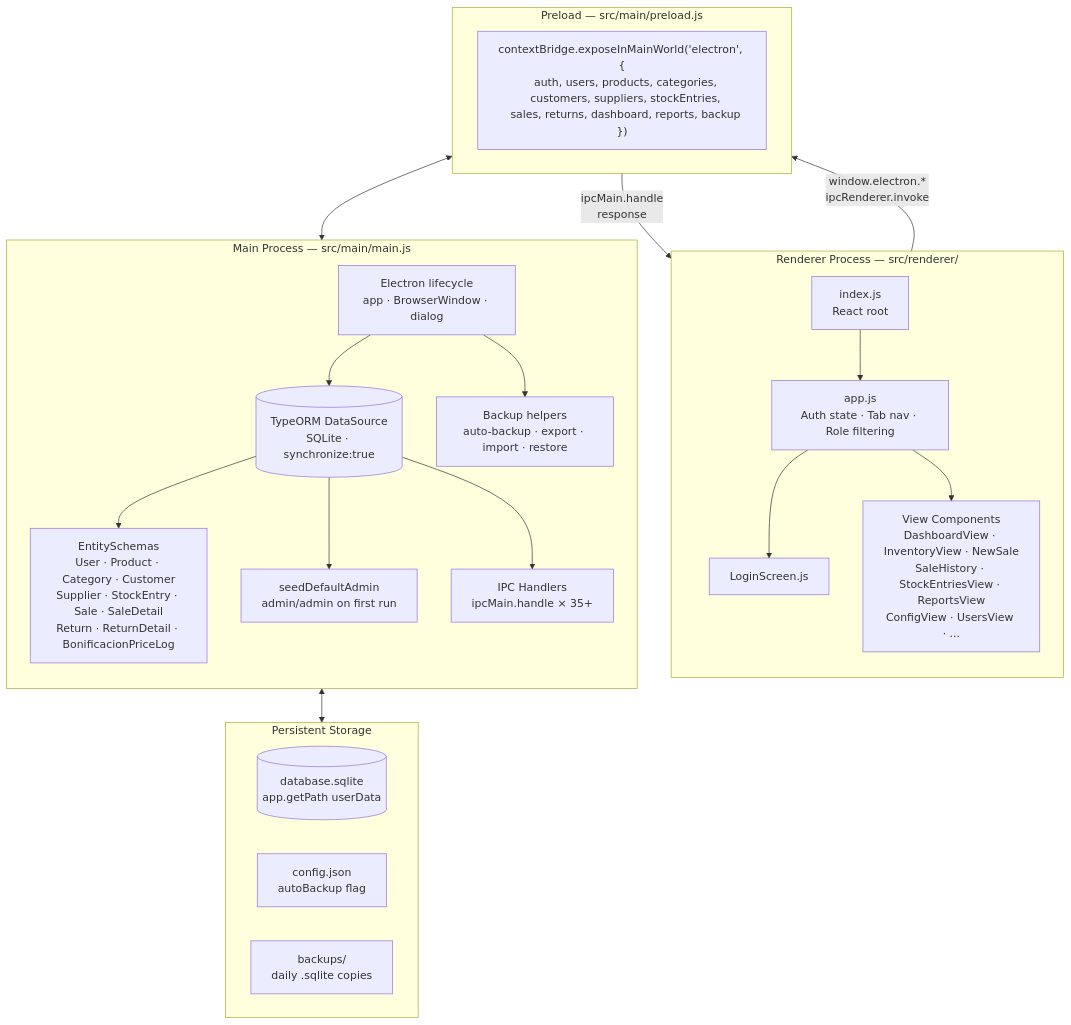
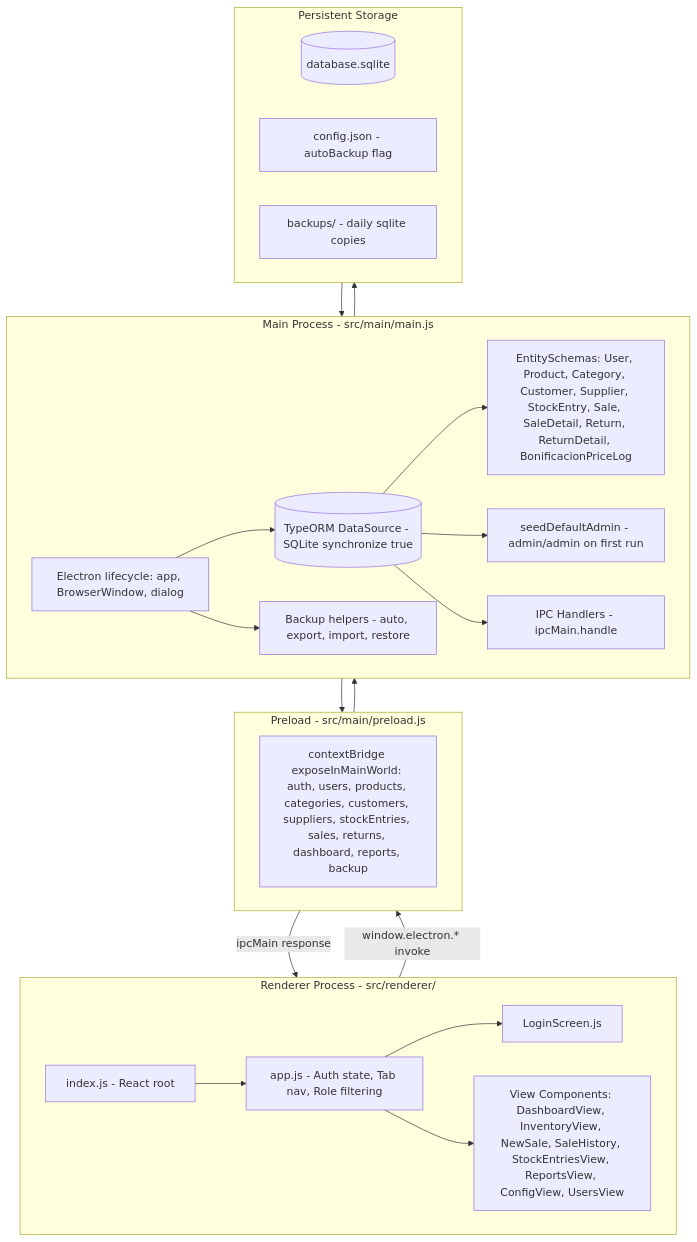
Before and after one commit to seqencia/InventoryProyectHome: the first of 3 diagrams in docs/diagrams/ARCHITECTURE.md, drawn with Mermaid. The commit also changed other lines of this file and 6 other files, not shown here.

First line of the commit message:
fix: correct Mermaid syntax errors in all diagrams

````diff
--- a/docs/diagrams/ARCHITECTURE.md
+++ b/docs/diagrams/ARCHITECTURE.md
@@ -5,43 +5,43 @@
 ```mermaid
 graph TB
-    subgraph RENDERER["Renderer Process — src/renderer/"]
-        direction TB
-        IDX[index.js\nReact root]
-        APP[app.js\nAuth state · Tab nav · Role filtering]
+    subgraph RENDERER["Renderer Process - src/renderer/"]
+        IDX[index.js - React root]
+        APP[app.js - Auth state, Tab nav, Role filtering]
         LOGIN[LoginScreen.js]
-        VIEWS[View Components\nDashboardView · InventoryView · NewSale\nSaleHistory · StockEntriesView · ReportsView\nConfigView · UsersView · ...]
+        VIEWS[View Components: DashboardView, InventoryView, NewSale, SaleHistory, StockEntriesView, ReportsView, ConfigView, UsersView]
         IDX --> APP
         APP --> LOGIN
         APP --> VIEWS
     end
 
-    subgraph PRELOAD["Preload — src/main/preload.js"]
-        BRIDGE["contextBridge.exposeInMainWorld('electron', {\n  auth, users, products, categories,\n  customers, suppliers, stockEntries,\n  sales, returns, dashboard, reports, backup\n})"]
+    subgraph PRELOAD["Preload - src/main/preload.js"]
+        BRIDGE[contextBridge exposeInMainWorld: auth, users, products, categories, customers, suppliers, stockEntries, sales, returns, dashboard, reports, backup]
     end
 
-    subgraph MAIN["Main Process — src/main/main.js"]
-        direction TB
-        ELECTRON[Electron lifecycle\napp · BrowserWindow · dialog]
-        SCHEMAS[EntitySchemas\nUser · Product · Category · Customer\nSupplier · StockEntry · Sale · SaleDetail\nReturn · ReturnDetail · BonificacionPriceLog]
-        DS[(TypeORM DataSource\nSQLite · synchronize:true)]
-        IPC[IPC Handlers\nipcMain.handle × 35+]
-        SEED[seedDefaultAdmin\nadmin/admin on first run]
-        BACKUP[Backup helpers\nauto-backup · export · import · restore]
+    subgraph MAIN["Main Process - src/main/main.js"]
+        ELECTRON[Electron lifecycle: app, BrowserWindow, dialog]
+        SCHEMAS[EntitySchemas: User, Product, Category, Customer, Supplier, StockEntry, Sale, SaleDetail, Return, ReturnDetail, BonificacionPriceLog]
+        DS[(TypeORM DataSource - SQLite synchronize true)]
+        IPC[IPC Handlers - ipcMain.handle]
+        SEED[seedDefaultAdmin - admin/admin on first run]
+        BACKUP[Backup helpers - auto, export, import, restore]
         ELECTRON --> DS
         DS --> SCHEMAS
         DS --> SEED
         DS --> IPC
         ELECTRON --> BACKUP
     end
 
     subgraph STORAGE["Persistent Storage"]
-        DB[(database.sqlite\napp.getPath userData)]
-        CFG[config.json\nautoBackup flag]
-        BKPS[backups/\ndaily .sqlite copies]
+        DB[(database.sqlite)]
+        CFG[config.json - autoBackup flag]
+        BKPS[backups/ - daily sqlite copies]
     end
 
-    RENDERER -- "window.electron.*\nipcRenderer.invoke" --> PRELOAD
-    PRELOAD -- "ipcMain.handle\nresponse" --> RENDERER
-    PRELOAD <--> MAIN
-    MAIN <--> STORAGE
+    RENDERER -- "window.electron.* invoke" --> PRELOAD
+    PRELOAD -- "ipcMain response" --> RENDERER
+    PRELOAD --> MAIN
+    MAIN --> PRELOAD
+    MAIN --> STORAGE
+    STORAGE --> MAIN
 ```
````
